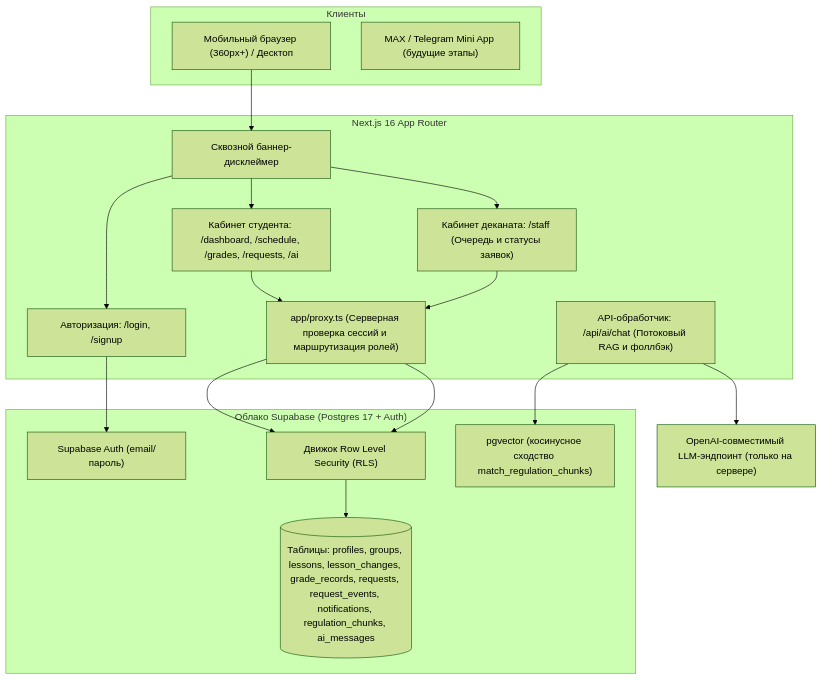
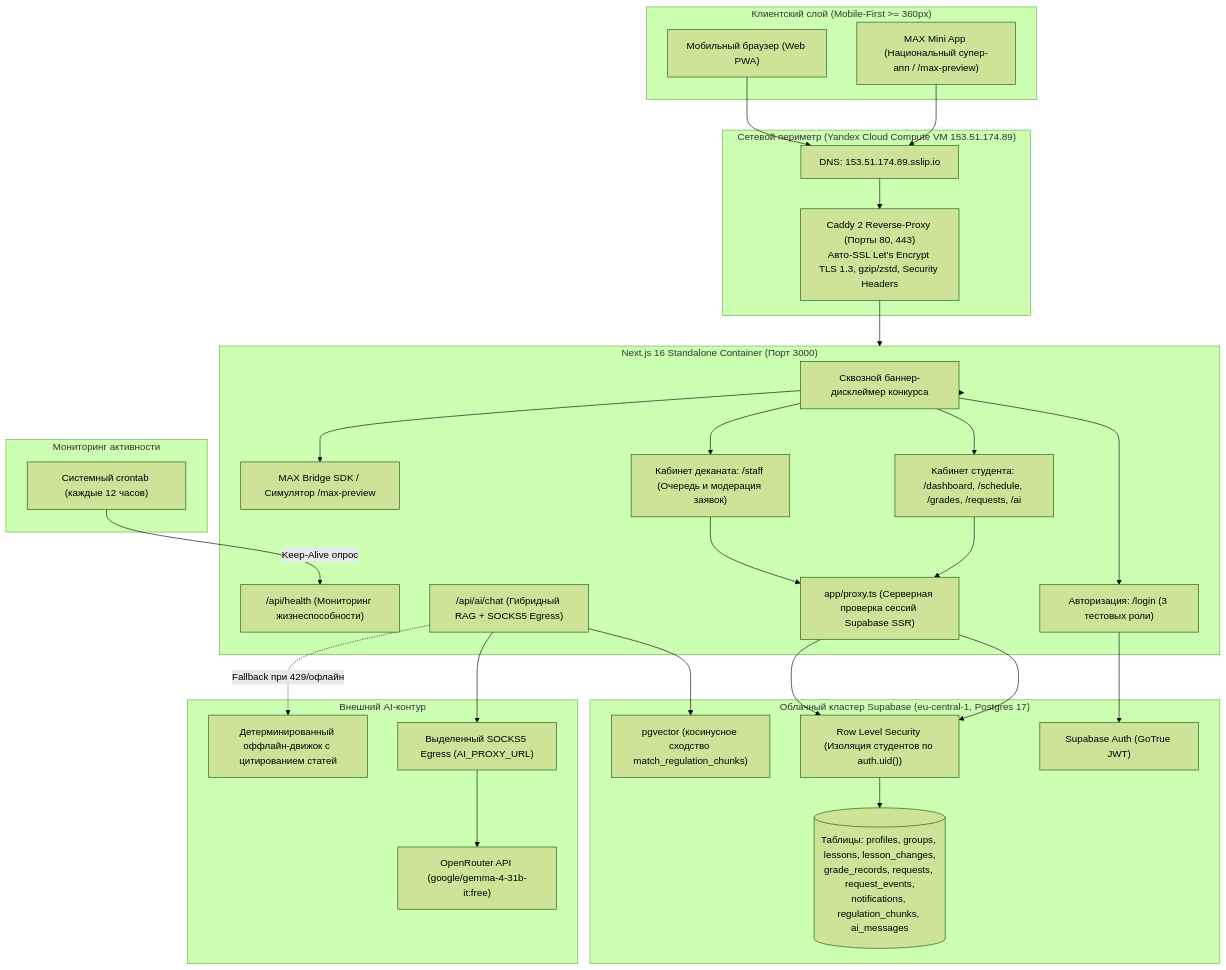
Before and after one commit to Nek1yZakhar/dekanat: the diagram in docs/ARCHITECTURE.md, drawn with Mermaid (forest theme). The commit also changed other lines of this file and 30 other files, not shown here.

Commit message:
feat(infra): деплой на Yandex Cloud (Caddy auto-SSL), актуализация архитектуры и дорожной карты MAX Mini App

````diff
--- a/docs/ARCHITECTURE.md
+++ b/docs/ARCHITECTURE.md
@@ -5,36 +5,62 @@
 ```mermaid
 graph TD
-  subgraph Clients["Клиенты"]
-    W["Мобильный браузер (360px+) / Десктоп"]
-    M["MAX / Telegram Mini App (будущие этапы)"]
+  subgraph Clients["Клиентский слой (Mobile-First >= 360px)"]
+    W["Мобильный браузер (Web PWA)"]
+    MAX["MAX Mini App (Национальный супер-апп / /max-preview)"]
   end
 
-  subgraph NextApp["Next.js 16 App Router"]
-    DISC["Сквозной баннер-дисклеймер"]
-    AUTH["Авторизация: /login, /signup"]
-    STUDENT["Кабинет студента: /dashboard, /schedule, /grades, /requests, /ai"]
-    STAFF["Кабинет деканата: /staff (Очередь и статусы заявок)"]
-    API["API-обработчик: /api/ai/chat (Потоковый RAG и фоллбэк)"]
-    PROXY["app/proxy.ts (Серверная проверка сессий и маршрутизация ролей)"]
+  subgraph Ingress["Сетевой периметр (Yandex Cloud Compute VM 153.51.174.89)"]
+    DNS["DNS: 153.51.174.89.sslip.io"]
+    CADDY["Caddy 2 Reverse-Proxy (Порты 80, 443)<br/>Авто-SSL Let's Encrypt TLS 1.3, gzip/zstd, Security Headers"]
   end
 
-  subgraph SupabaseCloud["Облако Supabase (Postgres 17 + Auth)"]
-    AUTHN["Supabase Auth (email/пароль)"]
-    RLS["Движок Row Level Security (RLS)"]
-    TABLES[("Таблицы: profiles, groups, lessons, lesson_changes, grade_records, requests, request_events, notifications, regulation_chunks, ai_messages")]
+  subgraph NextApp["Next.js 16 Standalone Container (Порт 3000)"]
+    DISC["Сквозной баннер-дисклеймер конкурса"]
+    AUTH["Авторизация: /login (3 тестовых роли)"]
+    STUDENT["Кабинет студента: /dashboard, /schedule, /grades, /requests, /ai"]
+    STAFF["Кабинет деканата: /staff (Очередь и модерация заявок)"]
+    MAX_BRIDGE["MAX Bridge SDK / Симулятор /max-preview"]
+    API_AI["/api/ai/chat (Гибридный RAG + SOCKS5 Egress)"]
+    API_HEALTH["/api/health (Мониторинг жизнеспособности)"]
+    PROXY["app/proxy.ts (Серверная проверка сессий Supabase SSR)"]
+  end
+
+  subgraph SupabaseCloud["Облачный кластер Supabase (eu-central-1, Postgres 17)"]
+    AUTHN["Supabase Auth (GoTrue JWT)"]
+    RLS["Row Level Security (Изоляция студентов по auth.uid())"]
+    TABLES[("Таблицы: profiles, groups, lessons, lesson_changes,<br/>grade_records, requests, request_events,<br/>notifications, regulation_chunks, ai_messages")]
     PGV["pgvector (косинусное сходство match_regulation_chunks)"]
   end
 
-  LLM["OpenAI-совместимый LLM-эндпоинт (только на сервере)"]
+  subgraph ExternalAI["Внешний AI-контур"]
+    PROXY_SOCKS["Выделенный SOCKS5 Egress (AI_PROXY_URL)"]
+    OPENROUTER["OpenRouter API (google/gemma-4-31b-it:free)"]
+    OFFLINE_FALLBACK["Детерминированный оффлайн-движок с цитированием статей"]
+  end
 
-  W --> DISC
+  subgraph KeepAlive["Мониторинг активности"]
+    CRON["Системный crontab (каждые 12 часов)"]
+  end
+
+  W --> DNS
+  MAX --> DNS
+  DNS --> CADDY
+  CADDY --> NextApp
+
+  NextApp --> DISC
   DISC --> AUTH
   DISC --> STUDENT
   DISC --> STAFF
+  DISC --> MAX_BRIDGE
+
   STUDENT --> PROXY --> RLS
   STAFF --> PROXY --> RLS
-  API --> PGV
-  API --> LLM
+  AUTH --> AUTHN
+
+  API_AI --> PGV
+  API_AI --> PROXY_SOCKS --> OPENROUTER
+  API_AI -.->|"Fallback при 429/офлайн"| OFFLINE_FALLBACK
+
   RLS --> TABLES
-  AUTH --> AUTHN
+  CRON -->|"Keep-Alive опрос"| API_HEALTH
 ```
````
